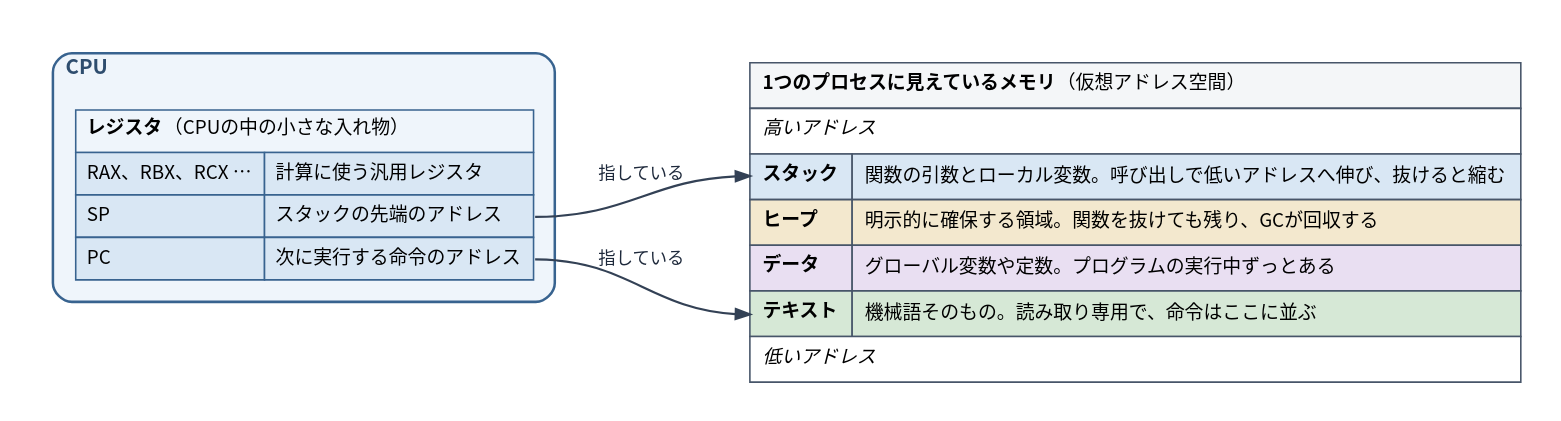
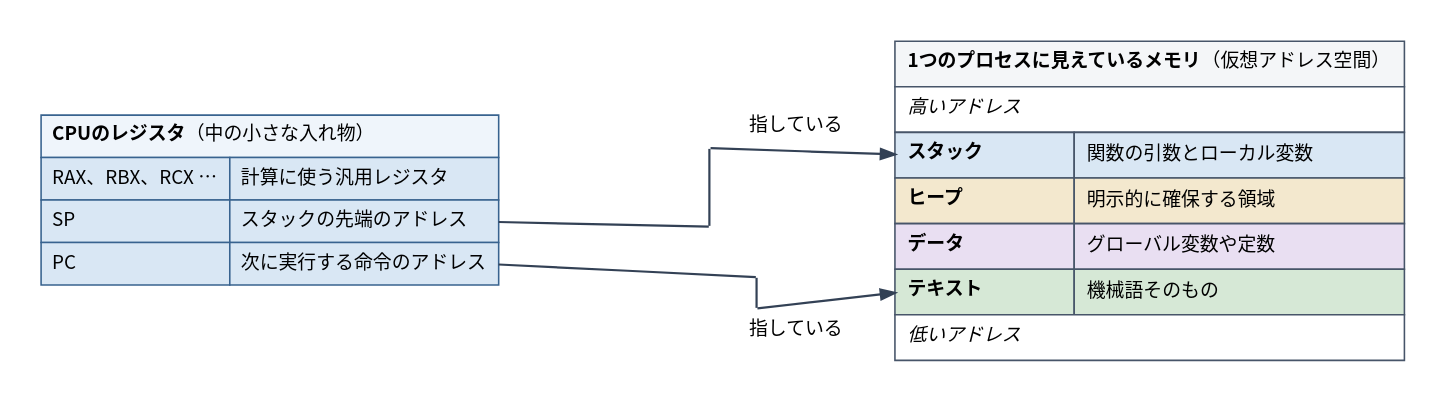
One commit to ymotongpoo/zenn.dev changed the diagram in diagrams/go-ebpf-primer/20260820-memory-and-cpu.dot. Above: the diagram before and after it, drawn with Graphviz. The commit also changed 98 other files, not shown here.

First line of the commit message:
図版の線を水平垂直の直線に統一し、角の隙間を埋める後処理を追加した

```diff
--- a/diagrams/go-ebpf-primer/20260820-memory-and-cpu.dot
+++ b/diagrams/go-ebpf-primer/20260820-memory-and-cpu.dot
@@ -1,52 +1,57 @@
 // プロセスのメモリとCPU
 digraph memory_and_cpu {
   graph [
+    layout=neato, inputscale=72, splines=line,
     fontname="Harano Aji Gothic,Noto Sans CJK JP,IPAGothic", fontsize=13,
-    rankdir=LR, compound=true, splines=true,
-    nodesep=0.5, ranksep=1.1, pad=0.25,
-    bgcolor="white", newrank=true
+    bgcolor="white", pad=0.25
   ];
   node [
     fontname="Harano Aji Gothic,Noto Sans CJK JP,IPAGothic", fontsize=12,
     shape=box, style="rounded,filled",
     fillcolor="#F1F5F9", color="#475569", penwidth=1.6,
     margin="0.2,0.14"
   ];
   edge [
     fontname="Harano Aji Gothic,Noto Sans CJK JP,IPAGothic", fontsize=11,
     color="#334155", penwidth=1.4, arrowsize=0.9,
     fontcolor="#1E293B"
   ];
 
-  subgraph cluster_cpu {
-    label=<<b>CPU</b>>;
-    style="rounded"; labeljust="l"; penwidth=1.6; margin=14;
-    color="#38638F"; fontcolor="#2E4D6E"; bgcolor="#EFF5FB";
+  regs [pos="210,250!", shape=plain, style="", label=<
+    <table border="0" cellborder="1" cellspacing="0" cellpadding="6" color="#38638F">
+      <tr><td colspan="2" align="left" bgcolor="#EFF5FB"><b>CPUのレジスタ</b>（中の小さな入れ物）</td></tr>
+      <tr><td align="left" bgcolor="#D9E7F4">RAX、RBX、RCX …</td><td align="left" bgcolor="#D9E7F4">計算に使う汎用レジスタ</td></tr>
+      <tr><td align="left" bgcolor="#D9E7F4">SP</td><td port="sp" align="left" bgcolor="#D9E7F4">スタックの先端のアドレス</td></tr>
+      <tr><td align="left" bgcolor="#D9E7F4">PC</td><td port="pc" align="left" bgcolor="#D9E7F4">次に実行する命令のアドレス</td></tr>
+    </table>>];
 
-    regs [shape=plain, style="", label=<
-      <table border="0" cellborder="1" cellspacing="0" cellpadding="6" color="#38638F">
-        <tr><td colspan="2" align="left" bgcolor="#EFF5FB"><b>レジスタ</b>（CPUの中の小さな入れ物）</td></tr>
-        <tr><td align="left" bgcolor="#D9E7F4">RAX、RBX、RCX …</td><td align="left" bgcolor="#D9E7F4">計算に使う汎用レジスタ</td></tr>
-        <tr><td align="left" bgcolor="#D9E7F4">SP</td><td port="sp" align="left" bgcolor="#D9E7F4">スタックの先端のアドレス</td></tr>
-        <tr><td align="left" bgcolor="#D9E7F4">PC</td><td port="pc" align="left" bgcolor="#D9E7F4">次に実行する命令のアドレス</td></tr>
-      </table>>];
-  }
-
-  mem [shape=plain, style="", label=<
+  mem [pos="770,250!", shape=plain, style="", label=<
     <table border="0" cellborder="1" cellspacing="0" cellpadding="7" color="#475569">
       <tr><td colspan="2" align="left" bgcolor="#F4F6F8"><b>1つのプロセスに見えているメモリ</b>（仮想アドレス空間）</td></tr>
       <tr><td colspan="2" align="left" bgcolor="#FFFFFF"><i>高いアドレス</i></td></tr>
       <tr><td port="stk" align="left" bgcolor="#D9E7F4"><b>スタック</b></td>
-          <td align="left" bgcolor="#D9E7F4">関数の引数とローカル変数。呼び出しで低いアドレスへ伸び、抜けると縮む</td></tr>
+          <td align="left" bgcolor="#D9E7F4">関数の引数とローカル変数</td></tr>
       <tr><td align="left" bgcolor="#F3E8CE"><b>ヒープ</b></td>
-          <td align="left" bgcolor="#F3E8CE">明示的に確保する領域。関数を抜けても残り、GCが回収する</td></tr>
+          <td align="left" bgcolor="#F3E8CE">明示的に確保する領域</td></tr>
       <tr><td align="left" bgcolor="#E9DFF2"><b>データ</b></td>
-          <td align="left" bgcolor="#E9DFF2">グローバル変数や定数。プログラムの実行中ずっとある</td></tr>
+          <td align="left" bgcolor="#E9DFF2">グローバル変数や定数</td></tr>
       <tr><td port="txt" align="left" bgcolor="#D6E8D6"><b>テキスト</b></td>
-          <td align="left" bgcolor="#D6E8D6">機械語そのもの。読み取り専用で、命令はここに並ぶ</td></tr>
+          <td align="left" bgcolor="#D6E8D6">機械語そのもの</td></tr>
       <tr><td colspan="2" align="left" bgcolor="#FFFFFF"><i>低いアドレス</i></td></tr>
     </table>>];
 
-  regs:sp:e -> mem:stk:w [label=" 指している"];
-  regs:pc:e -> mem:txt:w [label=" 指している"];
+  wa1 [pos="490,233!", shape=point, width=0.01, style=invis];
+  wa2 [pos="490,283!", shape=point, width=0.01, style=invis];
+  wb1 [pos="520,201!", shape=point, width=0.01, style=invis];
+  wb2 [pos="520,181!", shape=point, width=0.01, style=invis];
+
+  La [pos="545,297!", shape=plaintext, style="", label="指している"];
+  Lb [pos="545,167!", shape=plaintext, style="", label="指している"];
+
+  regs:sp:e -> wa1 [dir=none];
+  wa1 -> wa2 [dir=none];
+  wa2 -> mem:stk:w;
+  regs:pc:e -> wb1 [dir=none];
+  wb1 -> wb2 [dir=none];
+  wb2 -> mem:txt:w;
 }
```
